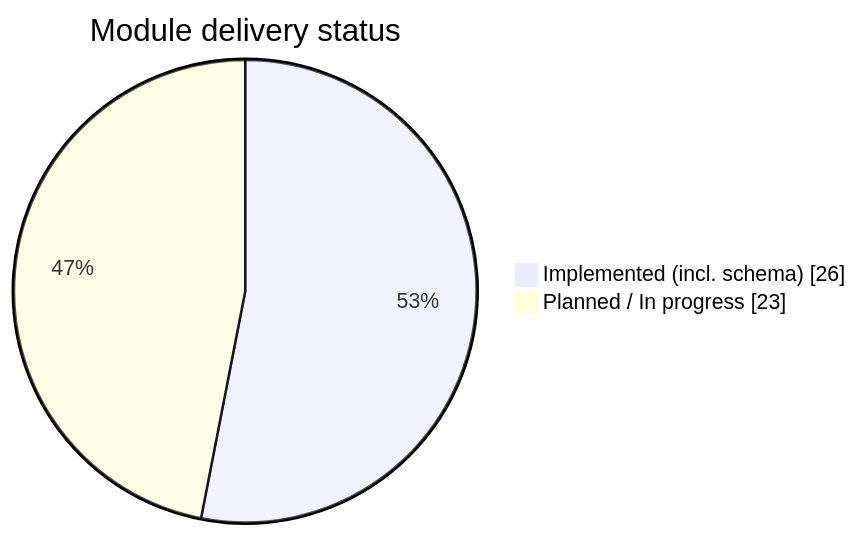
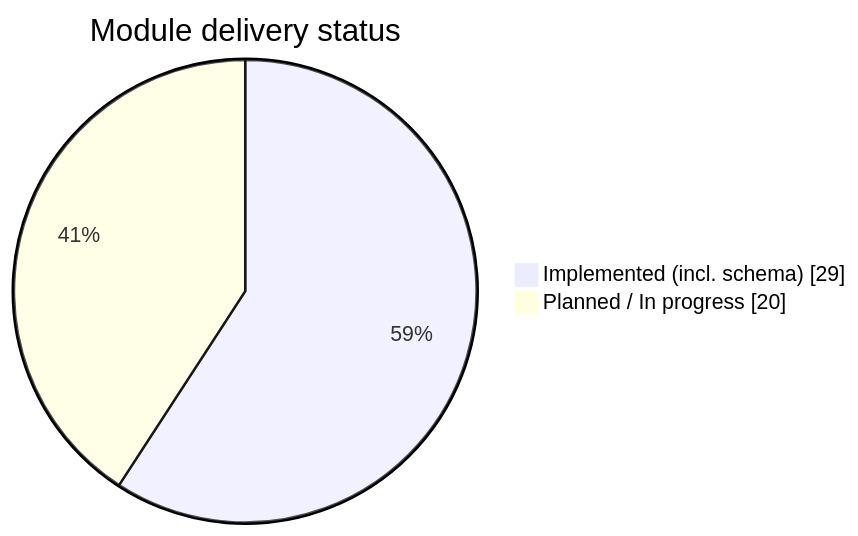
The first of 2 diagrams in docs/6_Module-Status-and-Roadmap.md (RITH-1437/educore), drawn with Mermaid before and after one commit. The commit also changed other lines of this file and 72 other files, not shown here.

````diff
--- a/docs/6_Module-Status-and-Roadmap.md
+++ b/docs/6_Module-Status-and-Roadmap.md
@@ -45,6 +46,6 @@
 ```mermaid
 pie showData
   title Module delivery status
-  "Implemented (incl. schema)" : 26
-  "Planned / In progress" : 23
+  "Implemented (incl. schema)" : 29
+  "Planned / In progress" : 20
 ```
````
